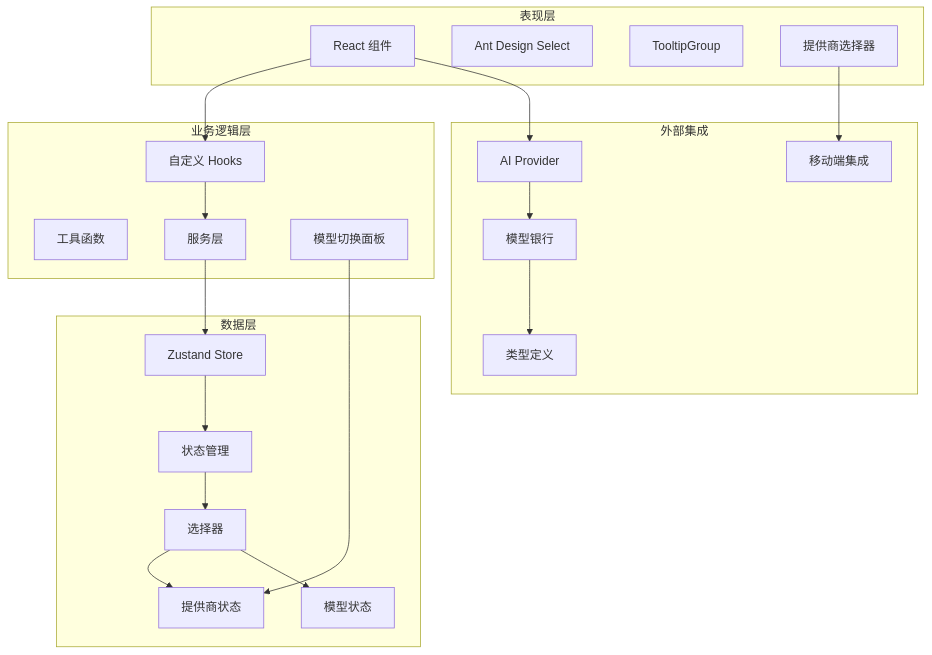
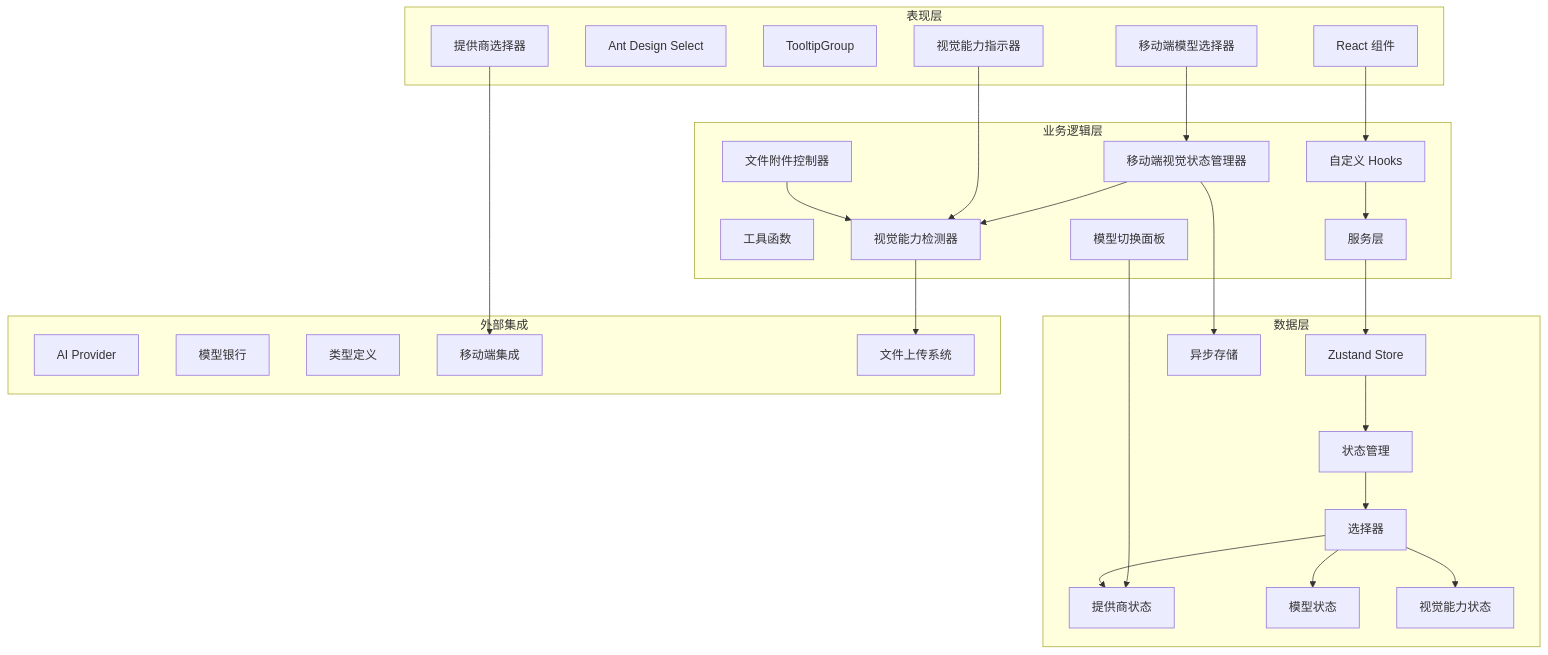
One commit to AvatoLabs/avato changed the fourth of 19 diagrams in .qoder/repowiki/zh/content/核心功能模块/模型选择器增强.md. Above: the diagram before and after it, drawn with Mermaid. The commit also changed other lines of this file and 50 other files, not shown here.

````diff
--- a/.qoder/repowiki/zh/content/核心功能模块/模型选择器增强.md
+++ b/.qoder/repowiki/zh/content/核心功能模块/模型选择器增强.md
@@ -230,40 +269,52 @@
 ```mermaid
 graph TB
 subgraph "表现层"
 UI[React 组件]
 Select[Ant Design Select]
 Tooltip[TooltipGroup]
 ProviderSelect[提供商选择器]
+VisualIndicator[视觉能力指示器]
+MobileModelPicker[移动端模型选择器]
 end
 subgraph "业务逻辑层"
 Hook[自定义 Hooks]
 Utils[工具函数]
 Services[服务层]
 ModelSwitch[模型切换面板]
+VisualDetector[视觉能力检测器]
+FileAttachmentController[文件附件控制器]
+MobileVisualStateManager[移动端视觉状态管理器]
 end
 subgraph "数据层"
 Store[Zustand Store]
 State[状态管理]
 Selectors[选择器]
 ProviderState[提供商状态]
 ModelState[模型状态]
+VisualState[视觉能力状态]
+AsyncStorage[异步存储]
 end
 subgraph "外部集成"
 Providers[AI Provider]
 Models[模型银行]
 Types[类型定义]
 Mobile[移动端集成]
+FileUploadSystem[文件上传系统]
 end
 UI --> Hook
 Hook --> Services
 Services --> Store
 Store --> State
 State --> Selectors
 Selectors --> ProviderState
 Selectors --> ModelState
-UI --> Providers
-Providers --> Models
-Models --> Types
+Selectors --> VisualState
 ProviderSelect --> Mobile
 ModelSwitch --> ProviderState
+VisualDetector --> FileUploadSystem
+FileAttachmentController --> VisualDetector
+VisualIndicator --> VisualDetector
+MobileModelPicker --> MobileVisualStateManager
+MobileVisualStateManager --> AsyncStorage
+MobileVisualStateManager --> VisualDetector
 ```
````
